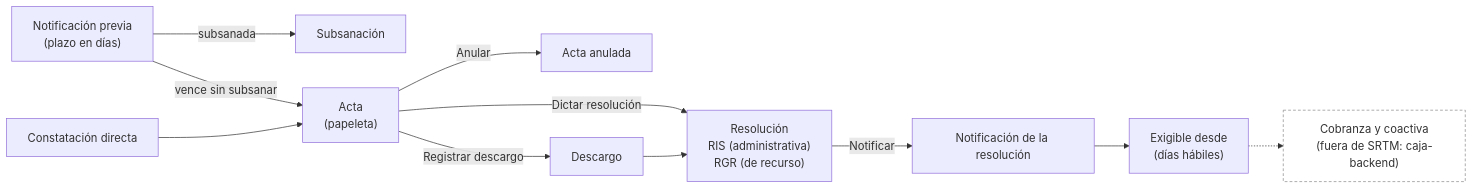
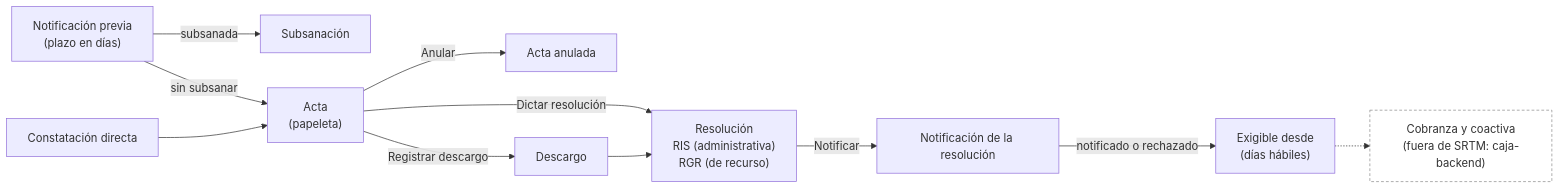
The diagram in docs/manuales/recursos/diagramas/ciclo-acta.mmd (wasichai/srtm-backend), drawn with Mermaid before and after one commit. The commit also changed 62 other files, not shown here.

```diff
--- a/docs/manuales/recursos/diagramas/ciclo-acta.mmd
+++ b/docs/manuales/recursos/diagramas/ciclo-acta.mmd
@@ -1,13 +1,13 @@
 flowchart LR
   N["Notificación previa<br/>(plazo en días)"] -->|subsanada| SU["Subsanación"]
-  N -->|vence sin subsanar| A["Acta<br/>(papeleta)"]
+  N -->|sin subsanar| A["Acta<br/>(papeleta)"]
   A0["Constatación directa"] --> A
   A -->|Anular| AN["Acta anulada"]
   A -->|Registrar descargo| D["Descargo"]
   A -->|Dictar resolución| R["Resolución<br/>RIS (administrativa)<br/>RGR (de recurso)"]
   D --> R
   R -->|Notificar| NR["Notificación de la resolución"]
-  NR --> X["Exigible desde<br/>(días hábiles)"]
+  NR -->|notificado o rechazado| X["Exigible desde<br/>(días hábiles)"]
   X -.-> C["Cobranza y coactiva<br/>(fuera de SRTM: caja-backend)"]
   classDef fuera fill:#FFFFFF,stroke:#8A8A8A,stroke-dasharray:4 3
   class C fuera
```
